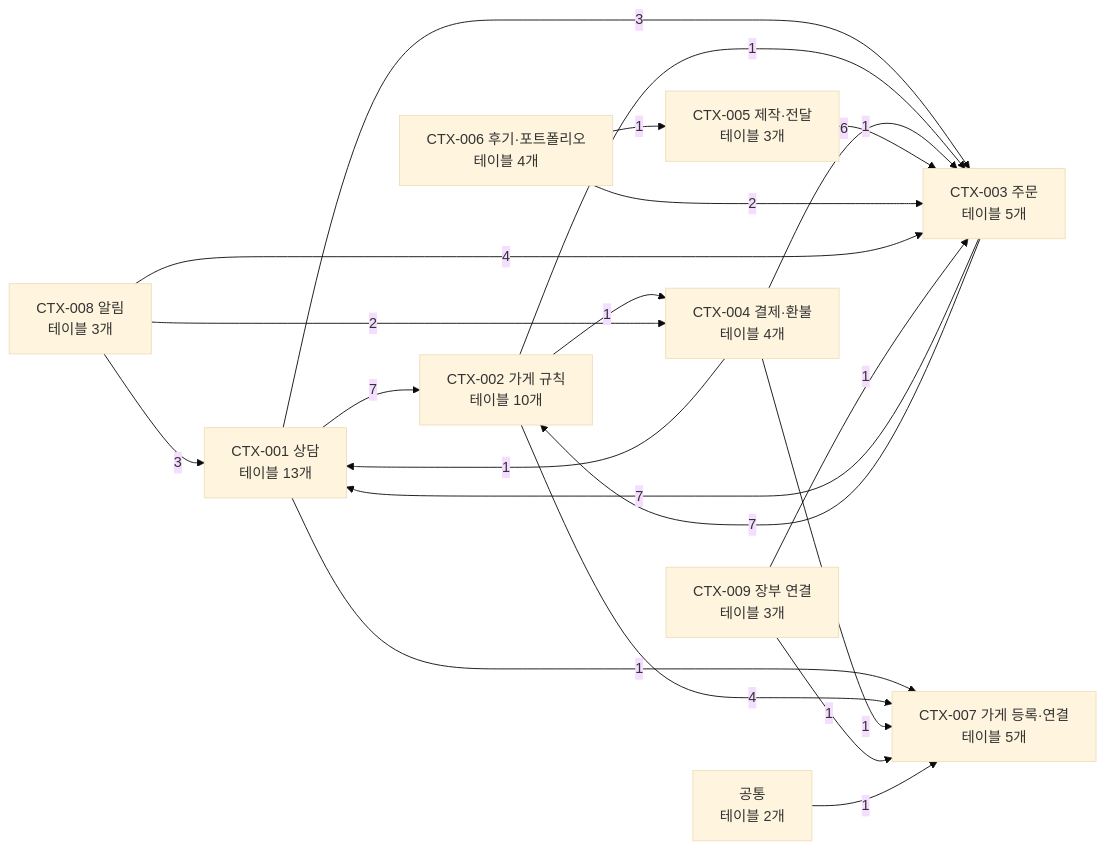
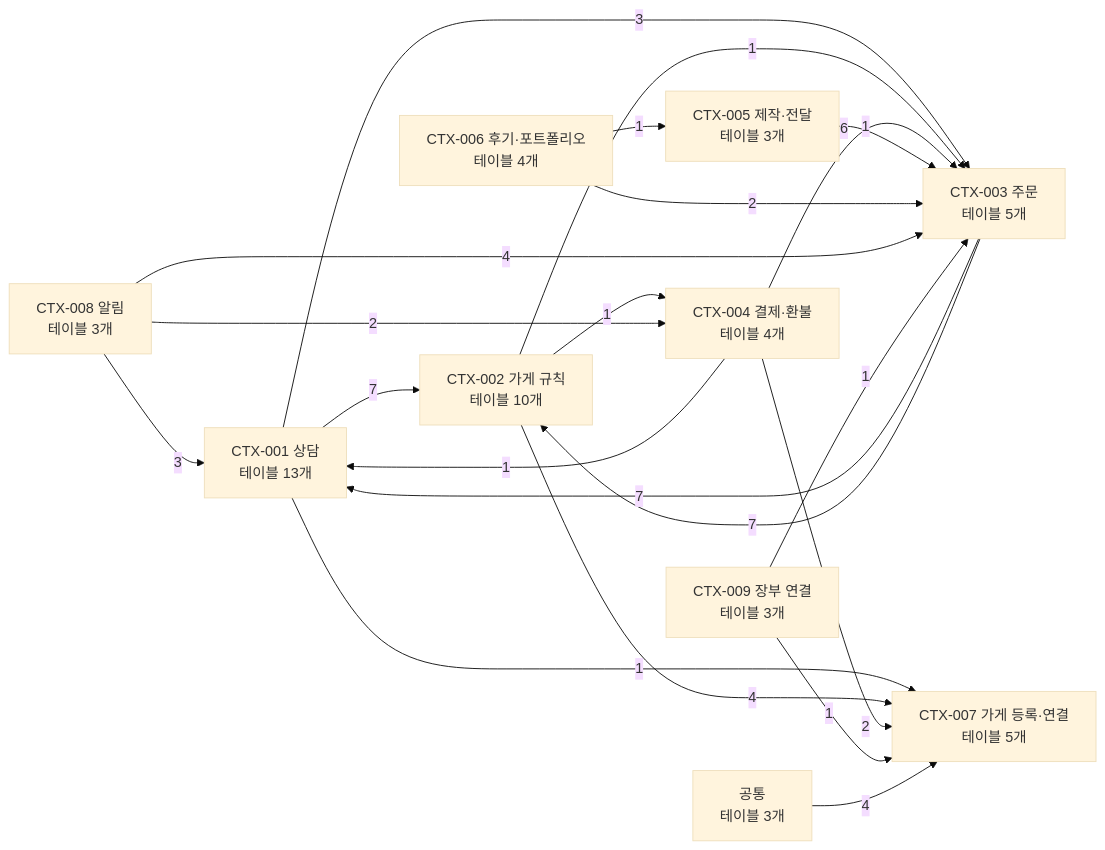
Before and after one commit to kodonghui/siljang.ai: the first of 11 diagrams in docs/05-erd/README.md, drawn with Mermaid (base theme). The commit also changed other lines of this file and 56 other files, not shown here.

````diff
--- a/docs/05-erd/README.md
+++ b/docs/05-erd/README.md
@@ -124,33 +126,33 @@
 ```mermaid
 flowchart LR
   C0["CTX-001 상담<br/>테이블 13개"]
   C1["CTX-002 가게 규칙<br/>테이블 10개"]
   C2["CTX-003 주문<br/>테이블 5개"]
   C3["CTX-004 결제·환불<br/>테이블 4개"]
   C4["CTX-005 제작·전달<br/>테이블 3개"]
   C5["CTX-006 후기·포트폴리오<br/>테이블 4개"]
   C6["CTX-007 가게 등록·연결<br/>테이블 5개"]
   C7["CTX-008 알림<br/>테이블 3개"]
   C8["CTX-009 장부 연결<br/>테이블 3개"]
-  C9["공통<br/>테이블 2개"]
+  C9["공통<br/>테이블 3개"]
   C0 -->|7| C1
   C0 -->|3| C2
   C0 -->|1| C6
   C1 -->|1| C2
   C1 -->|1| C3
   C1 -->|4| C6
   C2 -->|7| C0
   C2 -->|7| C1
   C3 -->|1| C0
   C3 -->|6| C2
-  C3 -->|1| C6
+  C3 -->|2| C6
   C4 -->|1| C2
   C5 -->|2| C2
   C5 -->|1| C4
   C7 -->|3| C0
   C7 -->|4| C2
   C7 -->|2| C3
   C8 -->|1| C2
   C8 -->|1| C6
-  C9 -->|1| C6
+  C9 -->|4| C6
 ```
````
